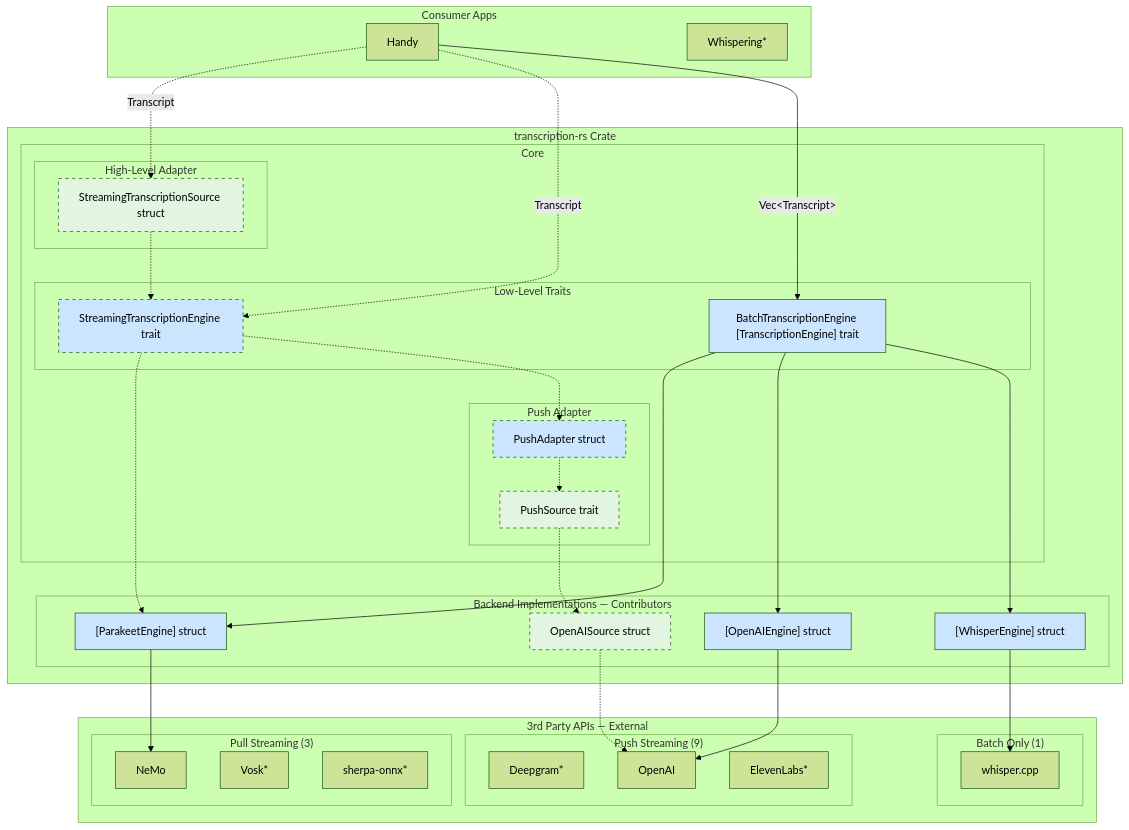
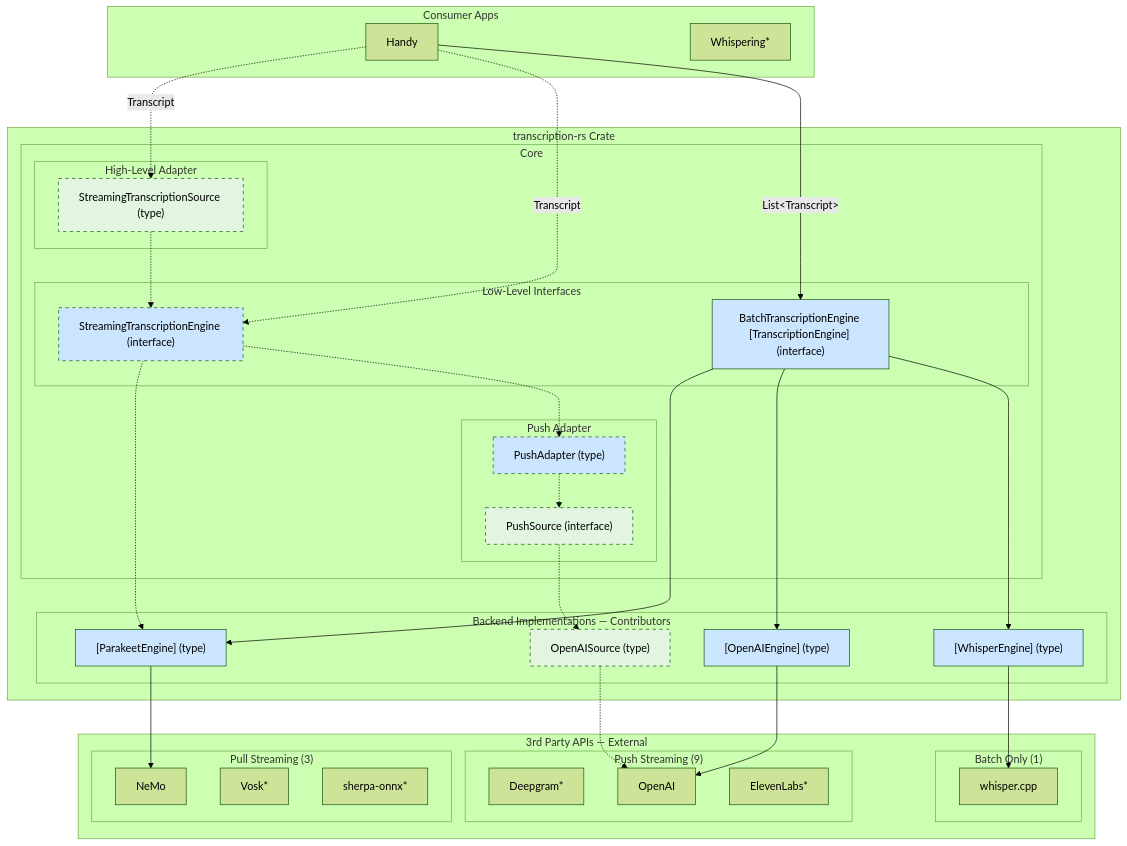
One commit to cjpais/transcribe-rs changed the fourth of 4 diagrams in specs/transcription-rs.md. Above: the diagram before and after it, drawn with Mermaid (forest theme). The commit also changed other lines of this file, not shown here.

````diff
--- a/specs/transcription-rs.md
+++ b/specs/transcription-rs.md
@@ -136,77 +136,77 @@
 ```mermaid
 graph TB
     subgraph Apps ["Consumer Apps"]
         Handy[Handy]
         Whispering[Whispering*]
     end
 
     subgraph Library ["transcription-rs Crate"]
         subgraph Core ["Core"]
             subgraph HighLevel ["High-Level Adapter"]
-                StreamingSource["StreamingTranscriptionSource struct"]
+                StreamingSource["StreamingTranscriptionSource (type)"]
             end
 
-            subgraph LowLevel ["Low-Level Traits"]
-                StreamingEngine["StreamingTranscriptionEngine trait"]
-                BatchEngine["BatchTranscriptionEngine [TranscriptionEngine] trait"]
+            subgraph LowLevel ["Low-Level Interfaces"]
+                StreamingEngine["StreamingTranscriptionEngine (interface)"]
+                BatchEngine["BatchTranscriptionEngine [TranscriptionEngine] (interface)"]
             end
 
             subgraph PushHelper ["Push Adapter"]
-                PushAdapter[PushAdapter struct]
-                PushSource[PushSource trait]
+                PushAdapter["PushAdapter (type)"]
+                PushSource["PushSource (interface)"]
             end
         end
 
         subgraph Backends ["Backend Implementations — Contributors"]
-            ParakeetEngine["[ParakeetEngine] struct"]
-            OpenAISource["OpenAISource struct"]
-            OpenAIEngine["[OpenAIEngine] struct"]
-            WhisperEngine["[WhisperEngine] struct"]
+            ParakeetEngine["[ParakeetEngine] (type)"]
+            OpenAISource["OpenAISource (type)"]
+            OpenAIEngine["[OpenAIEngine] (type)"]
+            WhisperEngine["[WhisperEngine] (type)"]
         end
     end
 
     subgraph External ["3rd Party APIs — External"]
         subgraph PullStreaming ["Pull Streaming (3)"]
             NeMo[NeMo]
             Vosk[Vosk*]
             Sherpa[sherpa-onnx*]
         end
         subgraph PushStreaming ["Push Streaming (9)"]
             Deepgram[Deepgram*]
             OpenAI[OpenAI]
             ElevenLabs[ElevenLabs*]
         end
         subgraph BatchOnly ["Batch Only (1)"]
             WhisperCpp[whisper.cpp]
         end
     end
 
     Handy -.->|Transcript| StreamingSource
     Handy -.->|Transcript| StreamingEngine
-    Handy -->|"Vec&lt;Transcript&gt;"| BatchEngine
+    Handy -->|"List&lt;Transcript&gt;"| BatchEngine
 
     StreamingSource -.-> StreamingEngine
 
     StreamingEngine -.-> ParakeetEngine
     StreamingEngine -.-> PushAdapter
     
     PushAdapter -.-> PushSource
     PushSource -.-> OpenAISource
     
     BatchEngine --> ParakeetEngine
     BatchEngine --> OpenAIEngine
     BatchEngine --> WhisperEngine
 
     ParakeetEngine --> NeMo
     OpenAISource -.-> OpenAI
     OpenAIEngine --> OpenAI
     WhisperEngine --> WhisperCpp
 
     classDef pushPlanned fill:#e1f5e1,stroke-dasharray: 5 5
     classDef pullPlanned fill:#cce5ff,stroke-dasharray: 5 5
     classDef pushExisting fill:#e1f5e1
     classDef pullExisting fill:#cce5ff
     class StreamingSource,PushSource,OpenAISource pushPlanned
     class StreamingEngine,PushAdapter pullPlanned
     class ParakeetEngine,OpenAIEngine,WhisperEngine,BatchEngine pullExisting
 ```
````
